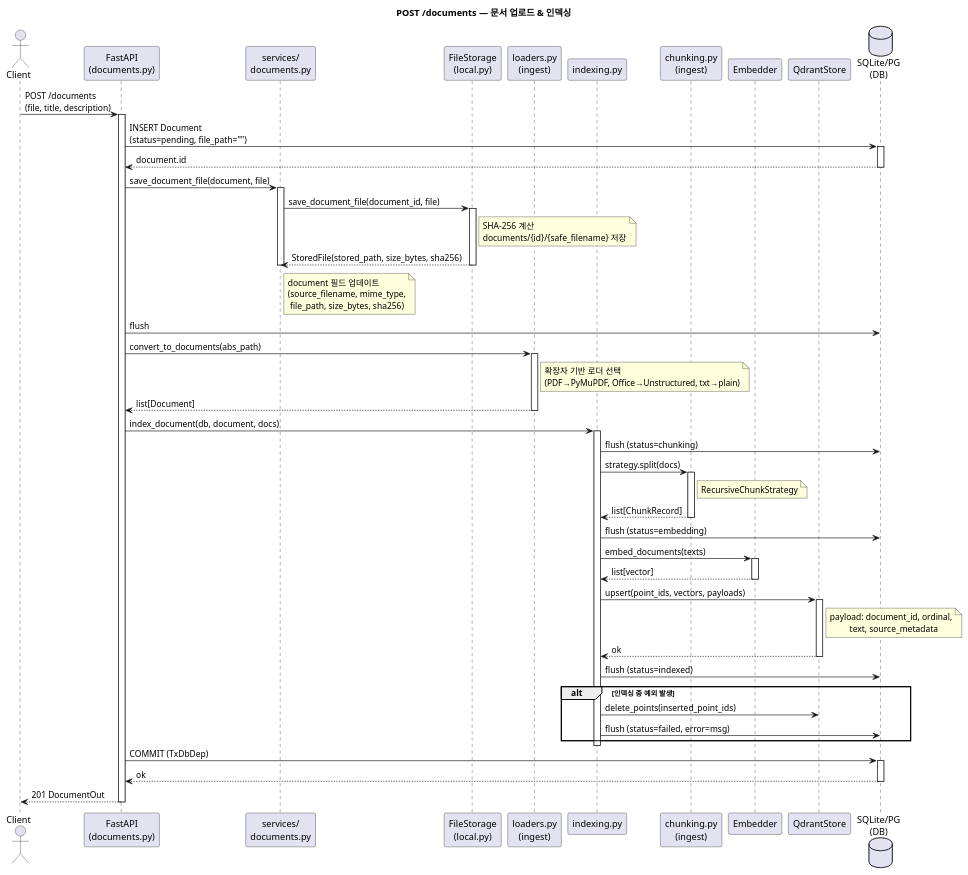
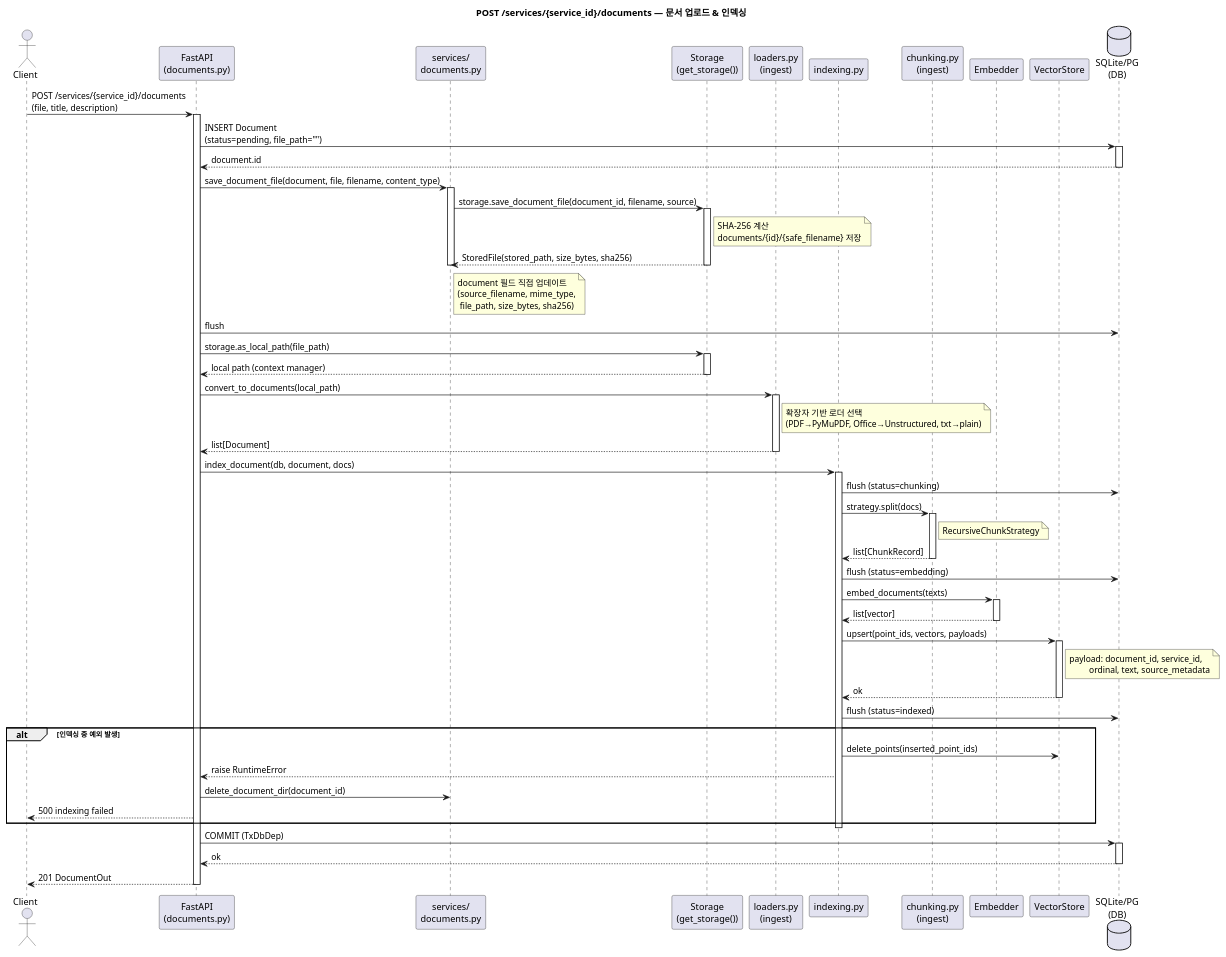
One commit to sigmoidx0/ragkit changed the diagram in docs/diagrams/document_create.puml. Above: the diagram before and after it, drawn with PlantUML. The commit also changed 4 other files, not shown here.

Commit message:
docs: update sequence diagram

```diff
--- a/docs/diagrams/document_create.puml
+++ b/docs/diagrams/document_create.puml
@@ -1,99 +1,106 @@
 @startuml Document Create
 
-title POST /documents — 문서 업로드 & 인덱싱
+title POST /services/{service_id}/documents — 문서 업로드 & 인덱싱
 
 actor Client
 participant "FastAPI\n(documents.py)" as API
 participant "services/\ndocuments.py" as SVC
-participant "FileStorage\n(local.py)" as FS
+participant "Storage\n(get_storage())" as FS
 participant "loaders.py\n(ingest)" as LDR
 participant "indexing.py" as IDX
 participant "chunking.py\n(ingest)" as ING
 participant "Embedder" as EMB
-participant "QdrantStore" as QD
+participant "VectorStore" as QD
 database "SQLite/PG\n(DB)" as DB
 
-Client -> API : POST /documents\n(file, title, description)
+Client -> API : POST /services/{service_id}/documents\n(file, title, description)
 activate API
 
 API -> DB : INSERT Document\n(status=pending, file_path="")
 activate DB
 DB --> API : document.id
 deactivate DB
 
-API -> SVC : save_document_file(document, file)
+API -> SVC : save_document_file(document, file, filename, content_type)
 activate SVC
-SVC -> FS : save_document_file(document_id, file)
+SVC -> FS : storage.save_document_file(document_id, filename, source)
 activate FS
 note right of FS
   SHA-256 계산
   documents/{id}/{safe_filename} 저장
 end note
 FS --> SVC : StoredFile(stored_path, size_bytes, sha256)
 deactivate FS
 note right of SVC
-  document 필드 업데이트
+  document 필드 직접 업데이트
   (source_filename, mime_type,
    file_path, size_bytes, sha256)
 end note
 deactivate SVC
 
 API -> DB : flush
 
-API -> LDR : convert_to_documents(abs_path)
+API -> FS : storage.as_local_path(file_path)
+activate FS
+FS --> API : local path (context manager)
+deactivate FS
+
+API -> LDR : convert_to_documents(local_path)
 activate LDR
 note right of LDR
   확장자 기반 로더 선택
   (PDF→PyMuPDF, Office→Unstructured, txt→plain)
 end note
 LDR --> API : list[Document]
 deactivate LDR
 
 API -> IDX : index_document(db, document, docs)
 activate IDX
 
 IDX -> DB : flush (status=chunking)
 
 IDX -> ING : strategy.split(docs)
 activate ING
 note right of ING
   RecursiveChunkStrategy
 end note
 ING --> IDX : list[ChunkRecord]
 deactivate ING
 
 IDX -> DB : flush (status=embedding)
 
 IDX -> EMB : embed_documents(texts)
 activate EMB
 EMB --> IDX : list[vector]
 deactivate EMB
 
 IDX -> QD : upsert(point_ids, vectors, payloads)
 activate QD
 note right of QD
-  payload: document_id, ordinal,
-           text, source_metadata
+  payload: document_id, service_id,
+           ordinal, text, source_metadata
 end note
 QD --> IDX : ok
 deactivate QD
 
 IDX -> DB : flush (status=indexed)
 
 alt 인덱싱 중 예외 발생
   IDX -> QD : delete_points(inserted_point_ids)
-  IDX -> DB : flush (status=failed, error=msg)
+  IDX --> API : raise RuntimeError
+  API -> SVC : delete_document_dir(document_id)
+  API --> Client : 500 indexing failed
 end
 
 deactivate IDX
 
 API -> DB : COMMIT (TxDbDep)
 activate DB
 DB --> API : ok
 deactivate DB
 
 API --> Client : 201 DocumentOut
 
 deactivate API
 
 @enduml
```
